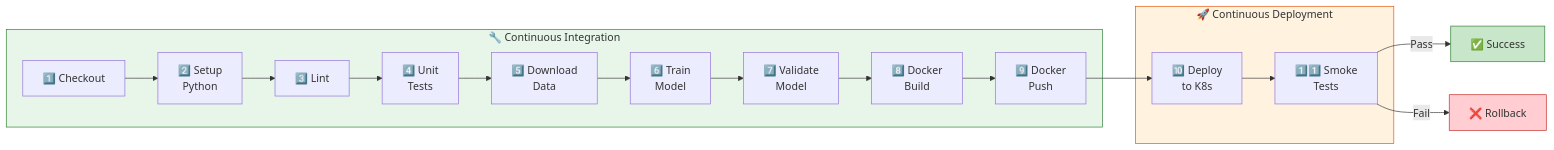
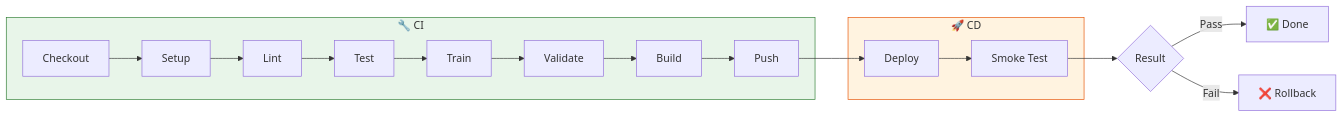
One commit to 2024aa05820/mlops-assignment2 changed the third of 6 diagrams in README.md. Above: the diagram before and after it, drawn with Mermaid. The commit also changed other lines of this file, not shown here.

Commit message:
Simplify and improve alignment of all architecture diagrams

````diff
--- a/README.md
+++ b/README.md
@@ -417,31 +382,17 @@
 ```mermaid
 flowchart LR
-    subgraph CI["🔧 Continuous Integration"]
-        S1["1️⃣ Checkout"]
-        S2["2️⃣ Setup<br/>Python"]
-        S3["3️⃣ Lint"]
-        S4["4️⃣ Unit<br/>Tests"]
-        S5["5️⃣ Download<br/>Data"]
-        S6["6️⃣ Train<br/>Model"]
-        S7["7️⃣ Validate<br/>Model"]
-        S8["8️⃣ Docker<br/>Build"]
-        S9["9️⃣ Docker<br/>Push"]
+    subgraph CI["🔧 CI"]
+        A[Checkout] --> B[Setup] --> C[Lint] --> D[Test]
+        D --> E[Train] --> F[Validate] --> G[Build] --> H[Push]
     end
-
-    subgraph CD["🚀 Continuous Deployment"]
-        S10["🔟 Deploy<br/>to K8s"]
-        S11["1️⃣1️⃣ Smoke<br/>Tests"]
+    subgraph CD["🚀 CD"]
+        I[Deploy] --> J[Smoke Test]
     end
-
-    S1 --> S2 --> S3 --> S4
-    S4 --> S5 --> S6 --> S7
-    S7 --> S8 --> S9 --> S10 --> S11
-
-    S11 -->|Pass| SUCCESS["✅ Success"]
-    S11 -->|Fail| FAIL["❌ Rollback"]
+    H --> I
+    J --> K{Result}
+    K -->|Pass| L["✅ Done"]
+    K -->|Fail| M["❌ Rollback"]
 
     style CI fill:#e8f5e9,stroke:#2e7d32
     style CD fill:#fff3e0,stroke:#e65100
-    style SUCCESS fill:#c8e6c9,stroke:#2e7d32
-    style FAIL fill:#ffcdd2,stroke:#c62828
 ```
````
